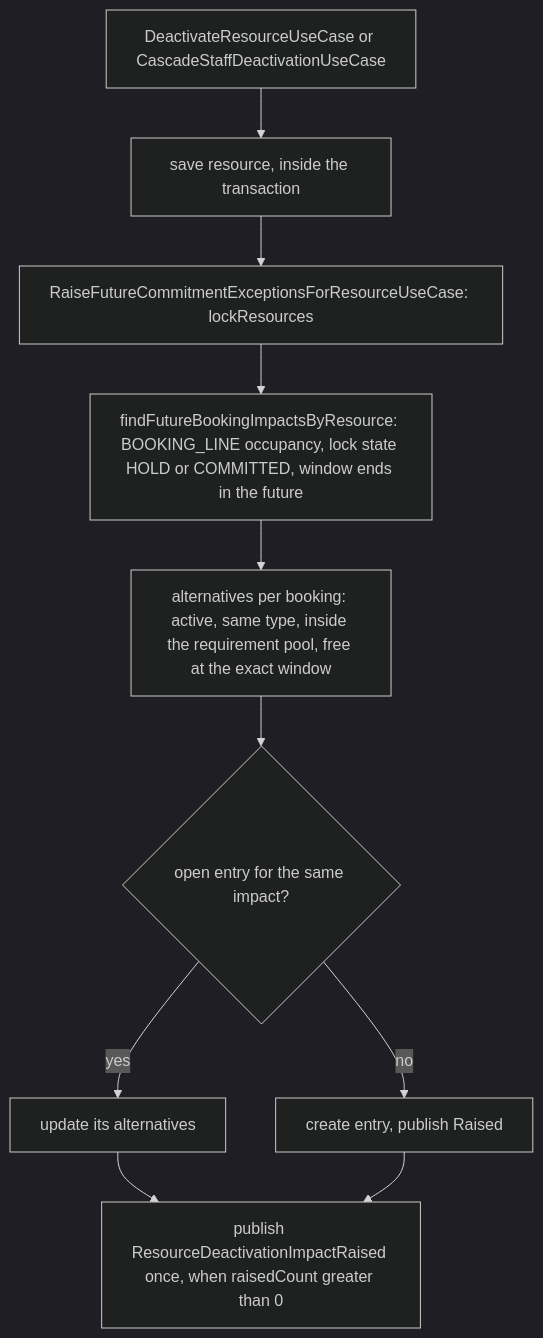
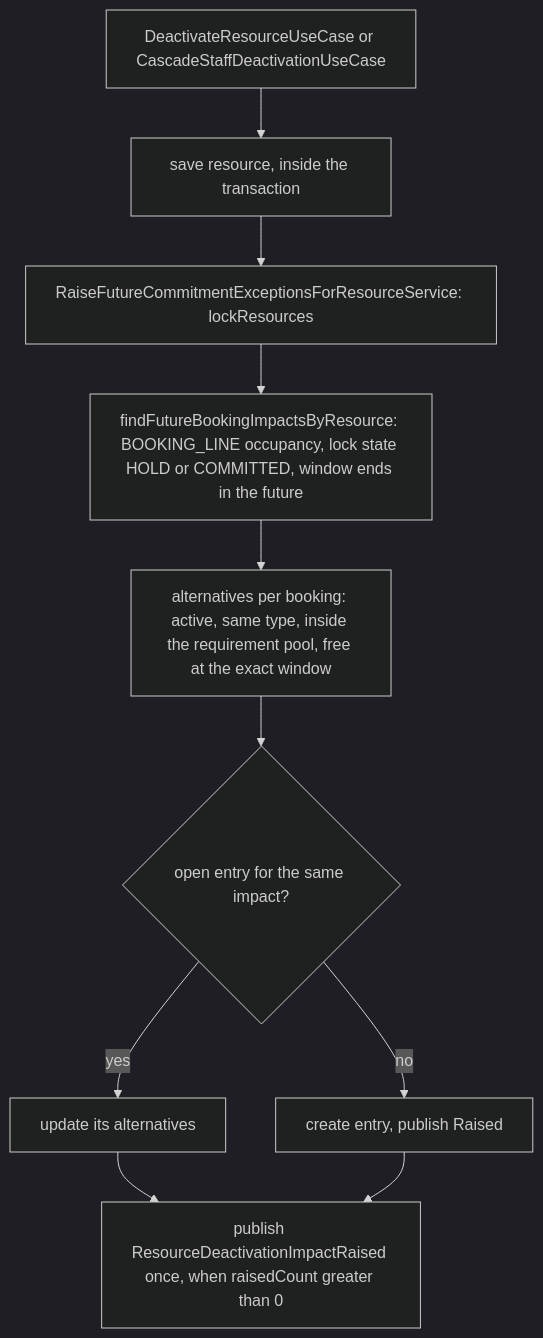
The ninth of 11 diagrams in docs/27-BUSINESS_LOGIC_REFERENCE.md (lmmoreira/ikaro), drawn with Mermaid (dark theme) before and after one commit. The commit also changed other lines of this file and 108 other files, not shown here.

First line of the commit message:
refactor(architecture): clear the dependency-graph baseline and make the scan blocking (TD54-S3) (#645)

````diff
--- a/docs/27-BUSINESS_LOGIC_REFERENCE.md
+++ b/docs/27-BUSINESS_LOGIC_REFERENCE.md
@@ -397,12 +397,12 @@
 ```mermaid
 flowchart TD
   A[DeactivateResourceUseCase or CascadeStaffDeactivationUseCase] --> B[save resource, inside the transaction]
-  B --> C[RaiseFutureCommitmentExceptionsForResourceUseCase: lockResources]
+  B --> C[RaiseFutureCommitmentExceptionsForResourceService: lockResources]
   C --> D[findFutureBookingImpactsByResource: BOOKING_LINE occupancy, lock state HOLD or COMMITTED, window ends in the future]
   D --> E[alternatives per booking: active, same type, inside the requirement pool, free at the exact window]
   E --> F{open entry for the same impact?}
   F -- yes --> G[update its alternatives]
   F -- no --> H[create entry, publish Raised]
   G --> I[publish ResourceDeactivationImpactRaised once, when raisedCount greater than 0]
   H --> I
 ```
````
